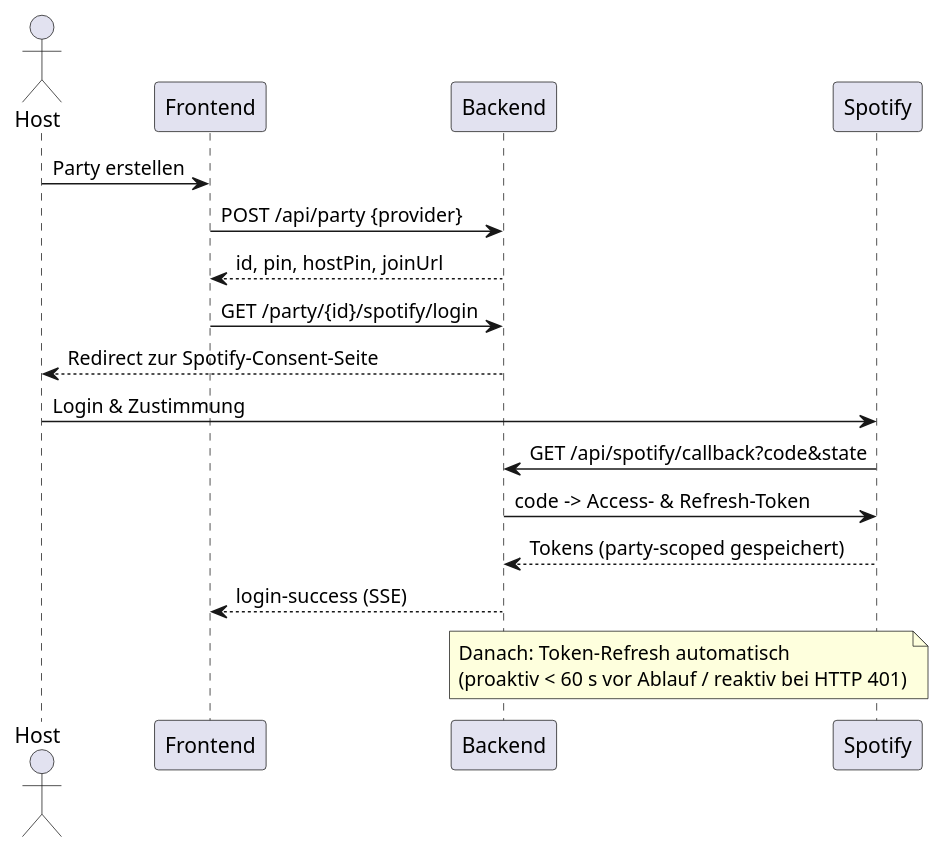
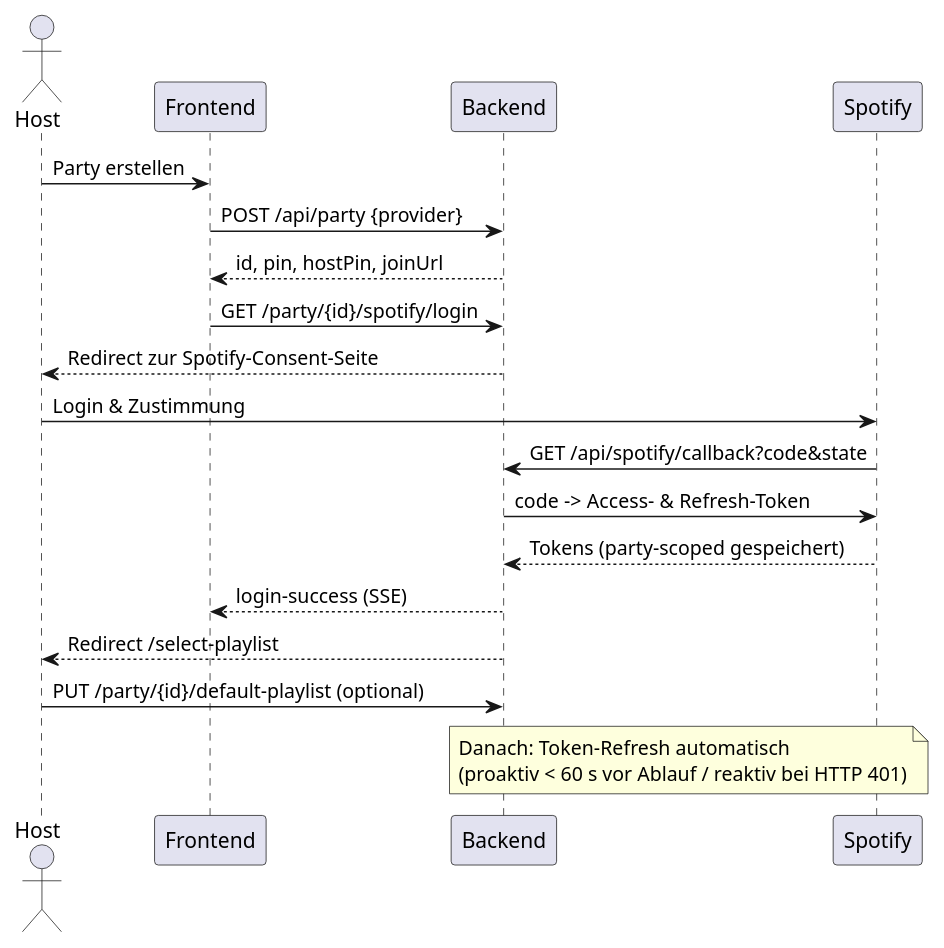
Before and after one commit to 2526-4ahitm-itp/2526-4ahitm-music-voting: the diagram in hugo/content/dev/spotify-integration.md, drawn with PlantUML. The commit also changed other lines of this file and 18 other files, not shown here.

```diff
--- a/hugo/content/dev/spotify-integration.md
+++ b/hugo/content/dev/spotify-integration.md
@@ -28,24 +40,26 @@
 {{< plantuml id="oauth" >}}
 @startuml
 skinparam shadowing false
 actor Host
 participant Frontend
 participant Backend
 participant Spotify
 
 Host -> Frontend : Party erstellen
 Frontend -> Backend : POST /api/party {provider}
 Backend --> Frontend : id, pin, hostPin, joinUrl
 Frontend -> Backend : GET /party/{id}/spotify/login
 Backend --> Host : Redirect zur Spotify-Consent-Seite
 Host -> Spotify : Login & Zustimmung
 Spotify -> Backend : GET /api/spotify/callback?code&state
 Backend -> Spotify : code -> Access- & Refresh-Token
 Spotify --> Backend : Tokens (party-scoped gespeichert)
 Backend --> Frontend : login-success (SSE)
+Backend --> Host : Redirect /select-playlist
+Host -> Backend : PUT /party/{id}/default-playlist (optional)
 note over Backend, Spotify
   Danach: Token-Refresh automatisch
   (proaktiv < 60 s vor Ablauf / reaktiv bei HTTP 401)
 end note
 @enduml
 {{< /plantuml >}}
```
